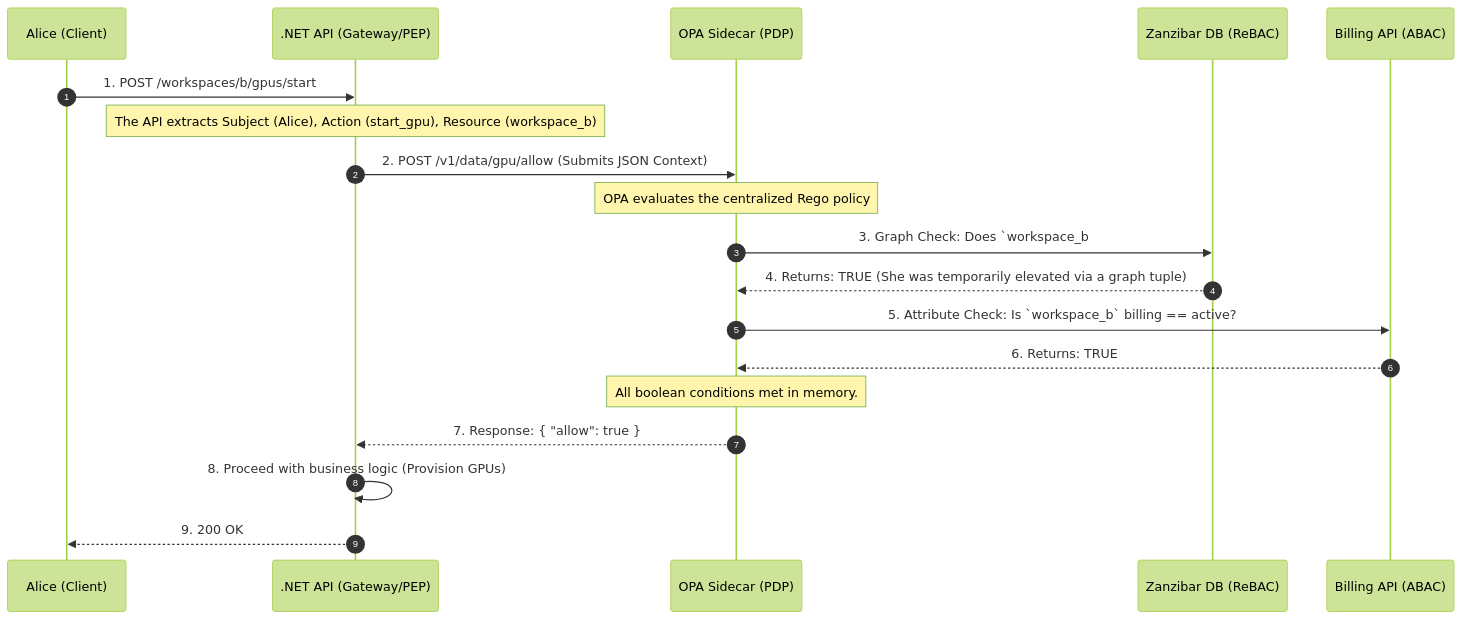
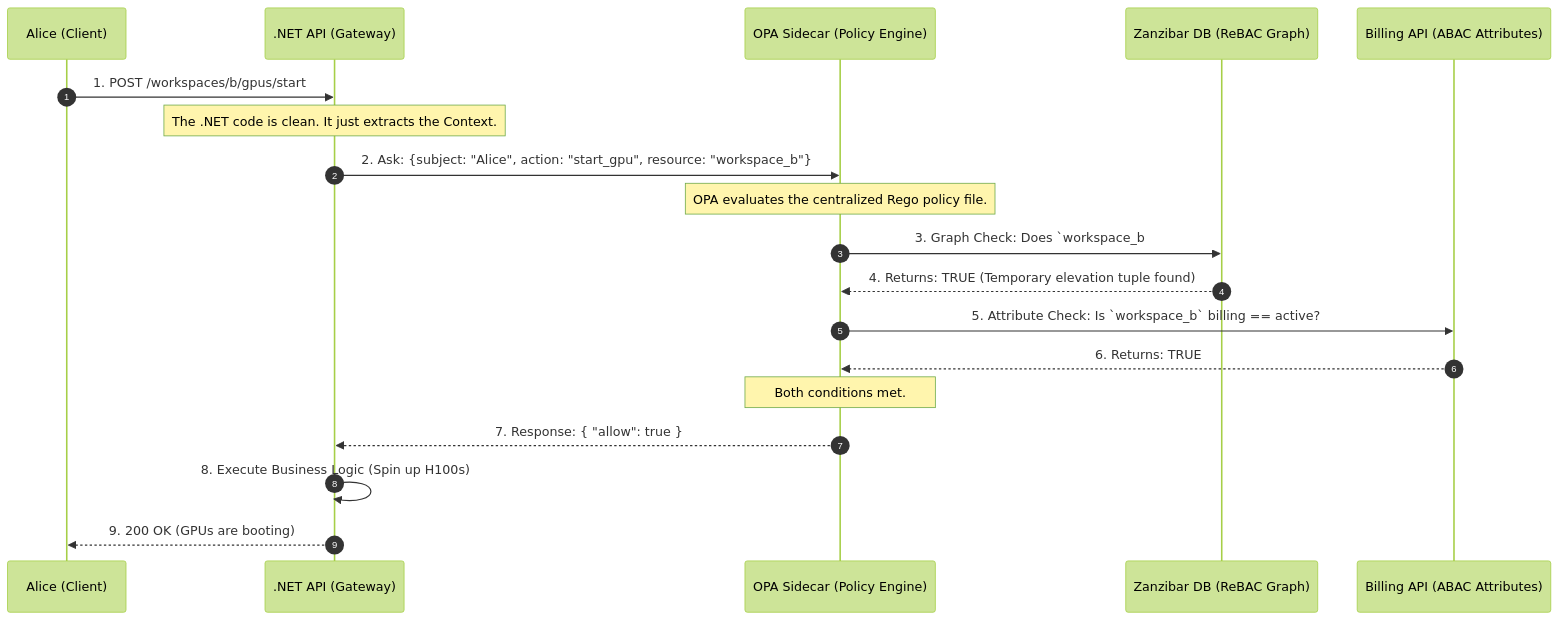
One commit to nirajp82/IdentityAccessManagement_IAM changed the diagram in Quiz/02-Advanced-Authorization-Policy-Engine.md. Above: the diagram before and after it, drawn with Mermaid (forest theme). The commit also changed other lines of this file, not shown here.

````diff
--- a/Quiz/02-Advanced-Authorization-Policy-Engine.md
+++ b/Quiz/02-Advanced-Authorization-Policy-Engine.md
@@ -63,30 +137,30 @@
 ```mermaid
 sequenceDiagram
     autonumber
     participant Alice as Alice (Client)
-    participant API as .NET API (Gateway/PEP)
-    participant OPA as OPA Sidecar (PDP)
-    participant SpiceDB as Zanzibar DB (ReBAC)
-    participant Billing as Billing API (ABAC)
+    participant API as .NET API (Gateway)
+    participant OPA as OPA Sidecar (Policy Engine)
+    participant SpiceDB as Zanzibar DB (ReBAC Graph)
+    participant Billing as Billing API (ABAC Attributes)
 
     Alice->>API: 1. POST /workspaces/b/gpus/start
     
-    Note over API: The API extracts Subject (Alice), Action (start_gpu), Resource (workspace_b)
+    Note over API: The .NET code is clean. It just extracts the Context.
     
-    API->>OPA: 2. POST /v1/data/gpu/allow (Submits JSON Context)
+    API->>OPA: 2. Ask: {subject: "Alice", action: "start_gpu", resource: "workspace_b"}
     
-    Note over OPA: OPA evaluates the centralized Rego policy
+    Note over OPA: OPA evaluates the centralized Rego policy file.
     
     OPA->>SpiceDB: 3. Graph Check: Does `workspace_b#admin@alice` exist?
-    SpiceDB-->>OPA: 4. Returns: TRUE (She was temporarily elevated via a graph tuple)
+    SpiceDB-->>OPA: 4. Returns: TRUE (Temporary elevation tuple found)
     
     OPA->>Billing: 5. Attribute Check: Is `workspace_b` billing == active?
     Billing-->>OPA: 6. Returns: TRUE
     
-    Note over OPA: All boolean conditions met in memory.
+    Note over OPA: Both conditions met.
     OPA-->>API: 7. Response: { "allow": true }
     
-    API->>API: 8. Proceed with business logic (Provision GPUs)
-    API-->>Alice: 9. 200 OK
+    API->>API: 8. Execute Business Logic (Spin up H100s)
+    API-->>Alice: 9. 200 OK (GPUs are booting)
 
 ```
````
